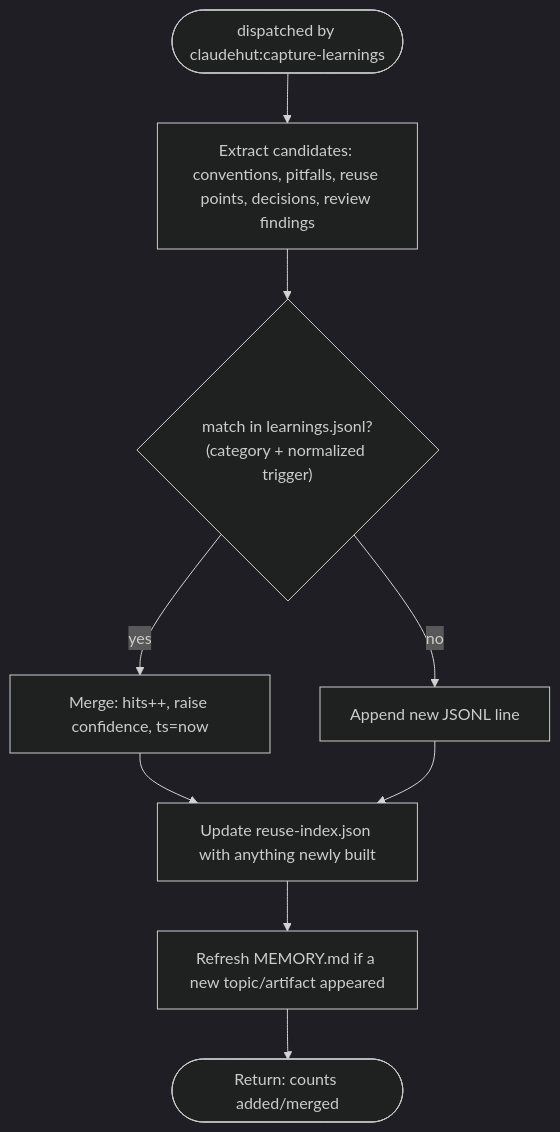
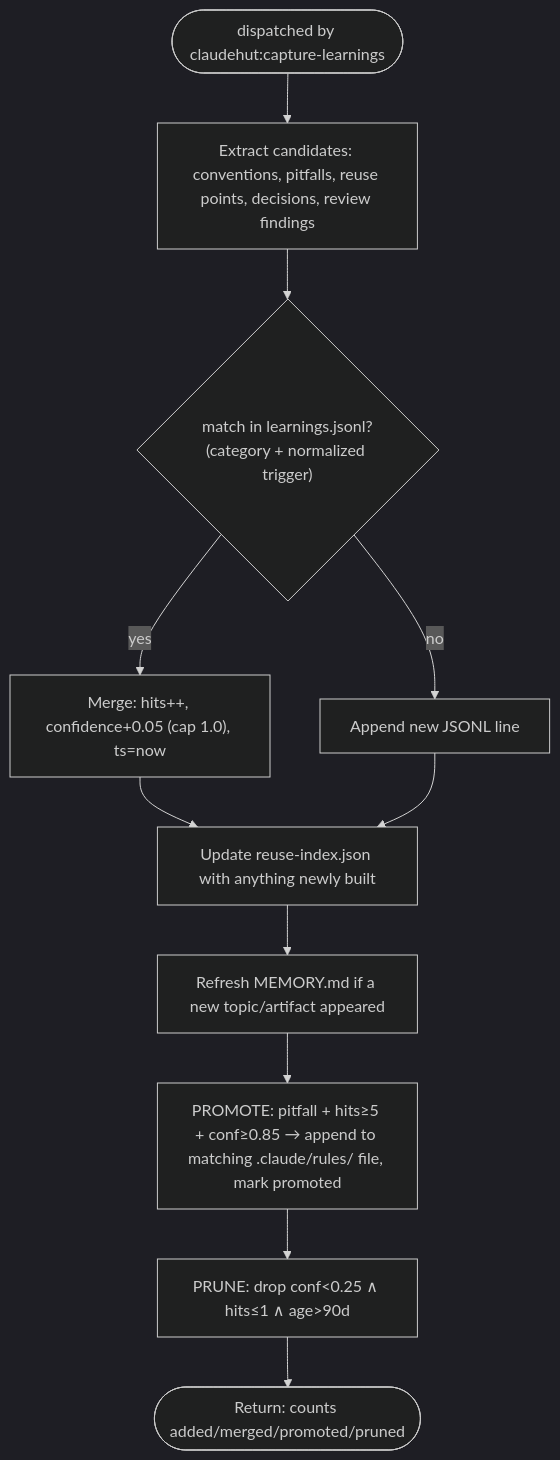
Before and after one commit to taipt1504/claudehut: the diagram in agents/claudehut-learner.md, drawn with Mermaid (dark theme). The commit also changed other lines of this file and 48 other files, not shown here.

````diff
--- a/agents/claudehut-learner.md
+++ b/agents/claudehut-learner.md
@@ -18,10 +18,12 @@
 ```mermaid
 flowchart TB
     a([dispatched by claudehut:capture-learnings]) --> ex["Extract candidates: conventions, pitfalls, reuse points, decisions, review findings"]
     ex --> dd{"match in learnings.jsonl?<br/>(category + normalized trigger)"}
-    dd -- yes --> merge["Merge: hits++, raise confidence, ts=now"]
+    dd -- yes --> merge["Merge: hits++, confidence+0.05 (cap 1.0), ts=now"]
     dd -- no --> append["Append new JSONL line"]
     merge & append --> ri["Update reuse-index.json with anything newly built"]
     ri --> mem["Refresh MEMORY.md if a new topic/artifact appeared"]
-    mem --> out([Return: counts added/merged])
+    mem --> promo["PROMOTE: pitfall + hits≥5 + conf≥0.85 → append to matching .claude/rules/ file, mark promoted"]
+    promo --> prune["PRUNE: drop conf<0.25 ∧ hits≤1 ∧ age>90d"]
+    prune --> out([Return: counts added/merged/promoted/pruned])
 ```
````
